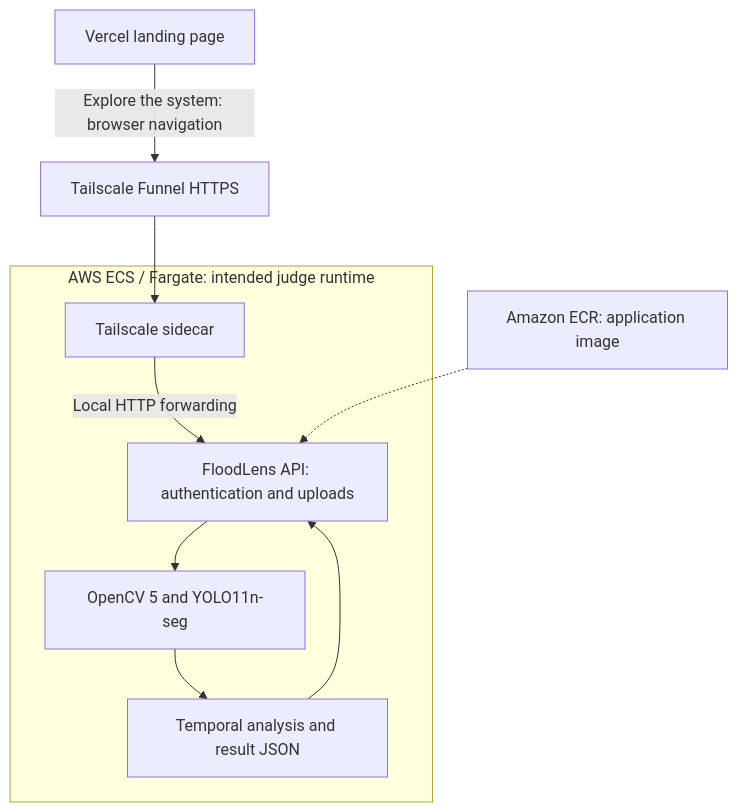
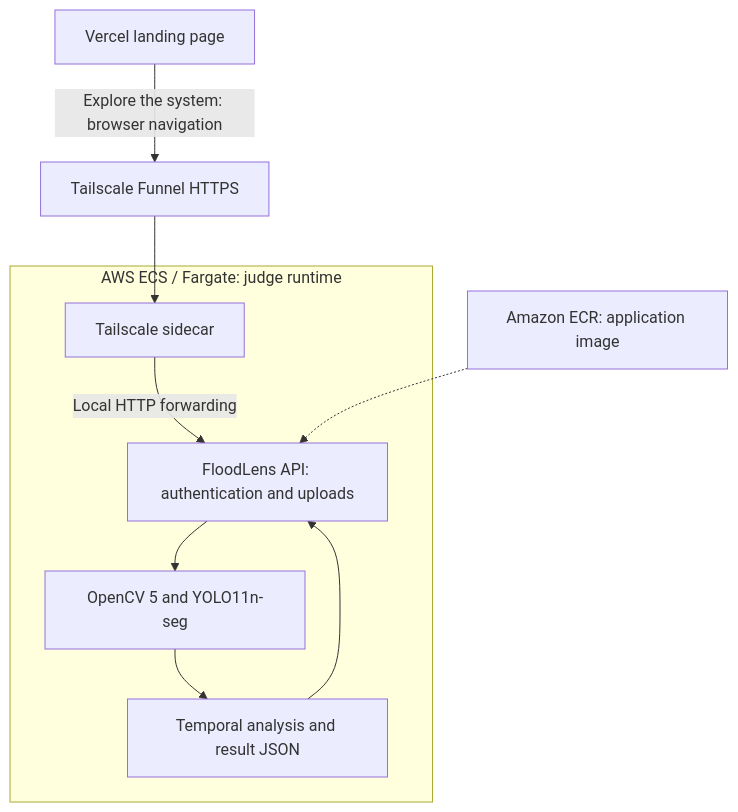
One commit to joa0lucassi/floodlens-ai changed the diagram in README.md. Above: the diagram before and after it, drawn with Mermaid. The commit also changed other lines of this file and 5 other files, not shown here.

````diff
--- a/README.md
+++ b/README.md
@@ -219,12 +219,12 @@
 ```mermaid
 flowchart TB
   Landing["Vercel landing page"] -->|"Explore the system: browser navigation"| Funnel["Tailscale Funnel HTTPS"]
-  subgraph AWS["AWS ECS / Fargate: intended judge runtime"]
+  subgraph AWS["AWS ECS / Fargate: judge runtime"]
     Tunnel["Tailscale sidecar"] -->|"Local HTTP forwarding"| API["FloodLens API: authentication and uploads"]
     API --> CV["OpenCV 5 and YOLO11n-seg"]
     CV --> Decision["Temporal analysis and result JSON"]
     Decision --> API
   end
   Funnel --> Tunnel
   ECR["Amazon ECR: application image"] -.-> API
 ```
````
